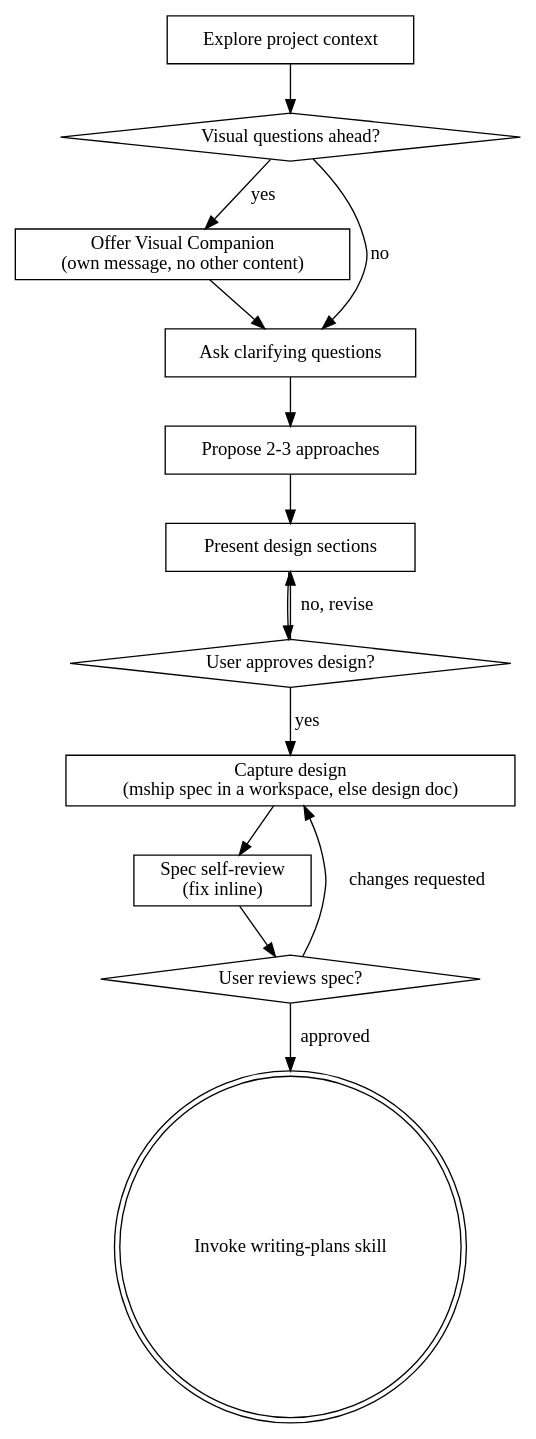
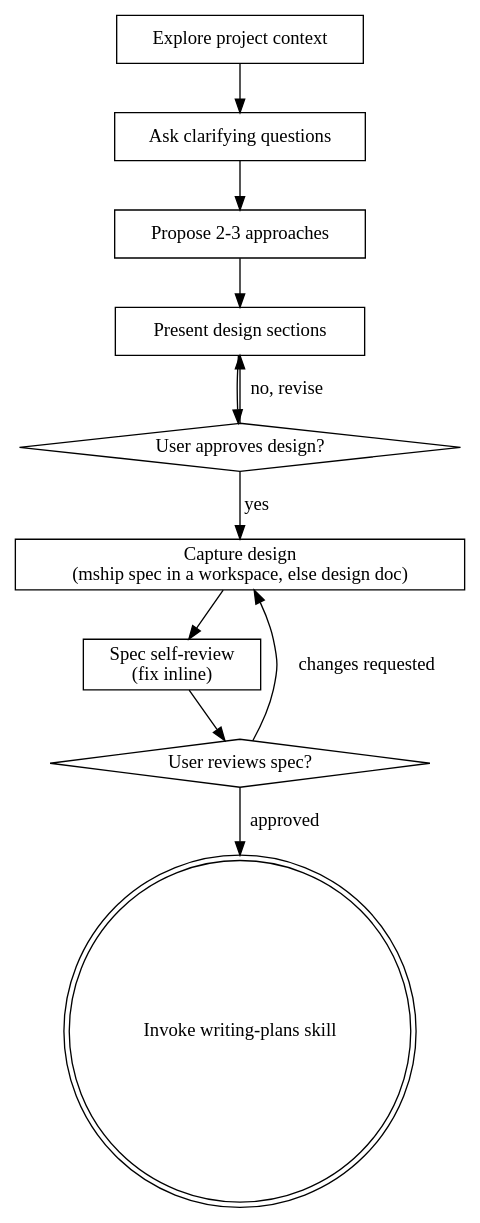
Before and after one commit to atomikpanda/mothership: the diagram in src/mship/skills/brainstorming/SKILL.md, drawn with Graphviz. The commit also changed other lines of this file and 45 other files, not shown here.

````diff
--- a/src/mship/skills/brainstorming/SKILL.md
+++ b/src/mship/skills/brainstorming/SKILL.md
@@ -38,29 +38,24 @@
 ```dot
 digraph brainstorming {
     "Explore project context" [shape=box];
-    "Visual questions ahead?" [shape=diamond];
-    "Offer Visual Companion\n(own message, no other content)" [shape=box];
     "Ask clarifying questions" [shape=box];
     "Propose 2-3 approaches" [shape=box];
     "Present design sections" [shape=box];
     "User approves design?" [shape=diamond];
     "Capture design\n(mship spec in a workspace, else design doc)" [shape=box];
     "Spec self-review\n(fix inline)" [shape=box];
     "User reviews spec?" [shape=diamond];
     "Invoke writing-plans skill" [shape=doublecircle];
 
-    "Explore project context" -> "Visual questions ahead?";
-    "Visual questions ahead?" -> "Offer Visual Companion\n(own message, no other content)" [label="yes"];
-    "Visual questions ahead?" -> "Ask clarifying questions" [label="no"];
-    "Offer Visual Companion\n(own message, no other content)" -> "Ask clarifying questions";
+    "Explore project context" -> "Ask clarifying questions";
     "Ask clarifying questions" -> "Propose 2-3 approaches";
     "Propose 2-3 approaches" -> "Present design sections";
     "Present design sections" -> "User approves design?";
     "User approves design?" -> "Present design sections" [label="no, revise"];
     "User approves design?" -> "Capture design\n(mship spec in a workspace, else design doc)" [label="yes"];
     "Capture design\n(mship spec in a workspace, else design doc)" -> "Spec self-review\n(fix inline)";
     "Spec self-review\n(fix inline)" -> "User reviews spec?";
     "User reviews spec?" -> "Capture design\n(mship spec in a workspace, else design doc)" [label="changes requested"];
     "User reviews spec?" -> "Invoke writing-plans skill" [label="approved"];
 }
 ```
````
